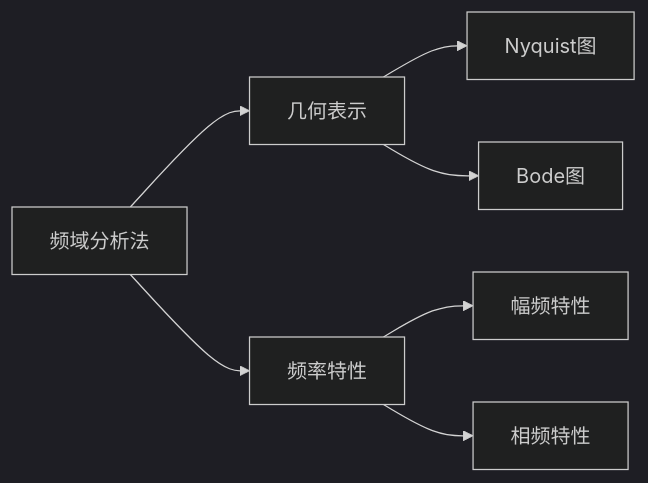
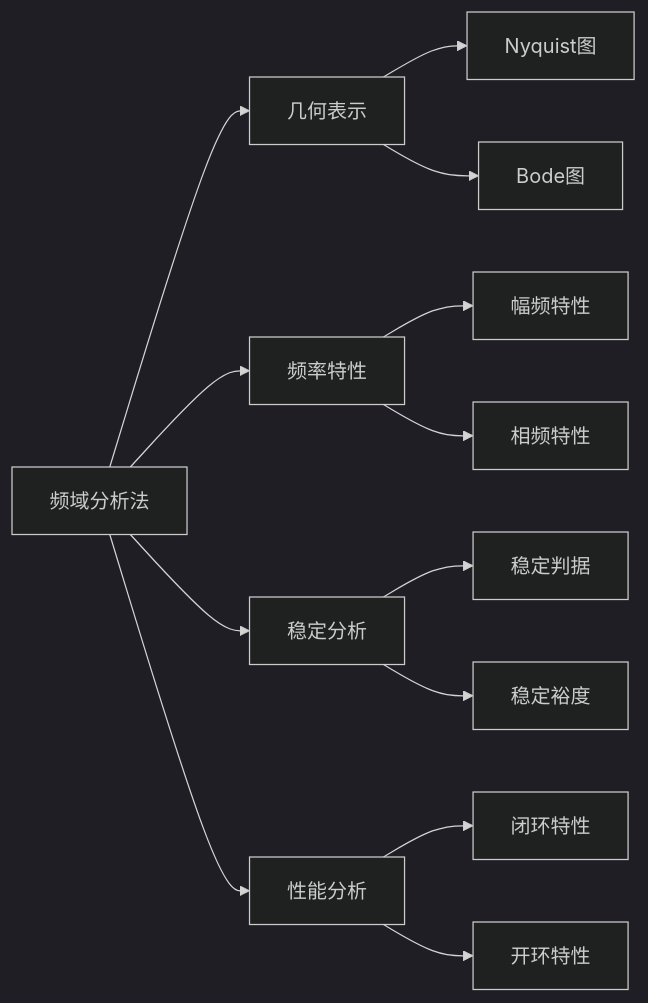
The diagram in src/site/notes/频域分析法.md (UNLINEARITY/Learn-Everything), drawn with Mermaid (dark theme) before and after one commit. The commit also changed other lines of this file, not shown here.

Commit message:
Update content src/site/notes/频域分析法.md

````diff
--- a/src/site/notes/频域分析法.md
+++ b/src/site/notes/频域分析法.md
@@ -9,6 +9,8 @@
 ```mermaid
 graph LR
-频域分析法-->几何表示 & 频率特性
+频域分析法-->几何表示 & 频率特性 & 稳定分析 & 性能分析
 频率特性--> 幅频特性 & 相频特性
 几何表示--> Nyquist图 & Bode图
+稳定分析--> 稳定判据 & 稳定裕度
+性能分析--> 闭环特性 & 开环特性
 ```
````
